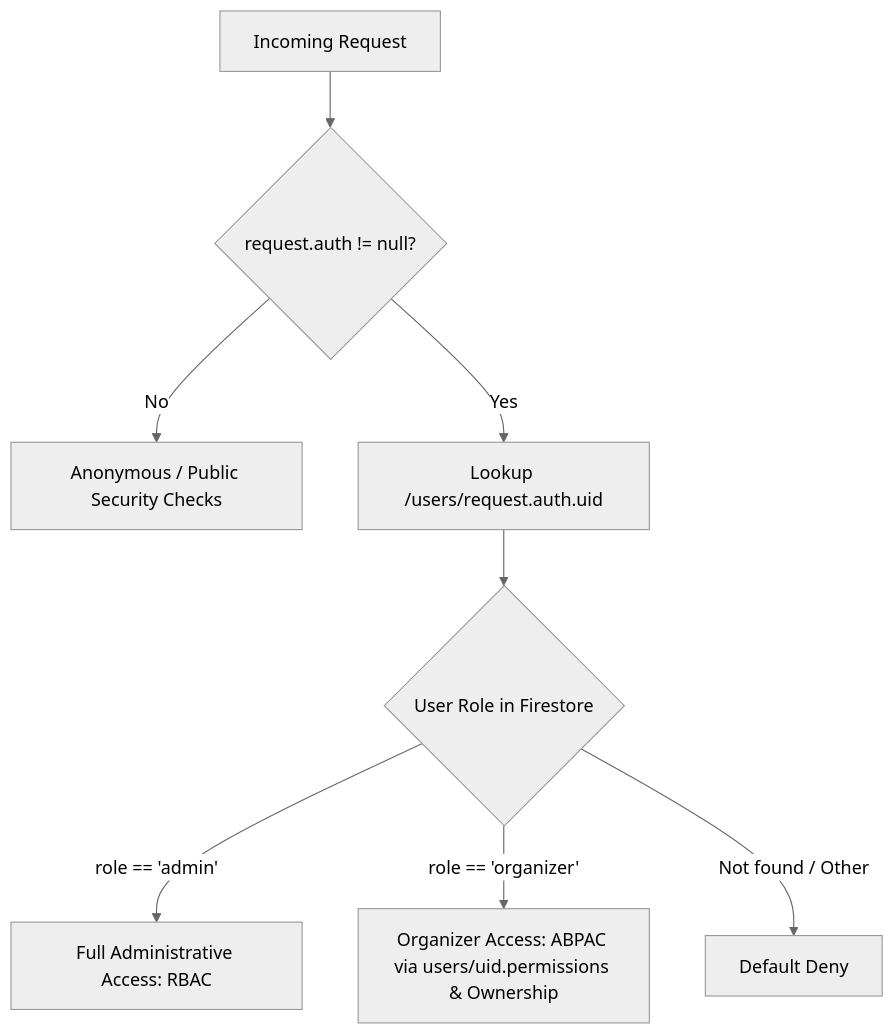
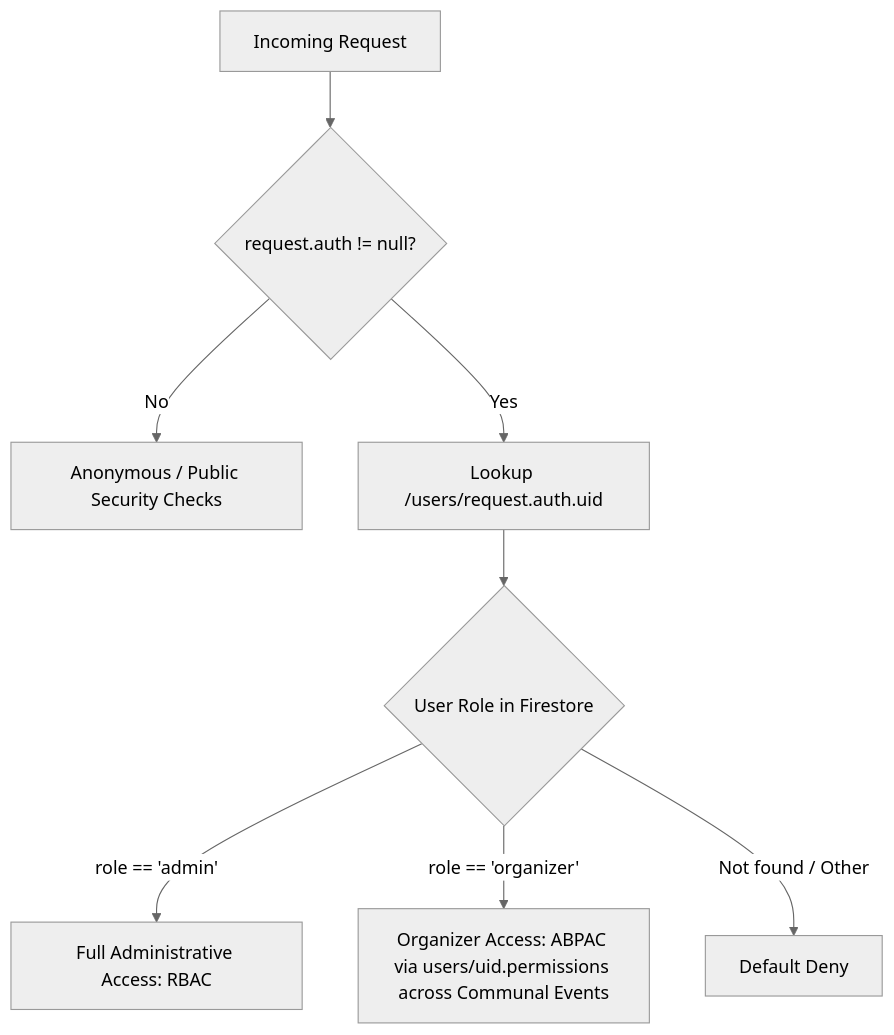
The diagram in docs/Rules.md (gdgdavao/teamapo-hub), drawn with Mermaid (neutral theme) before and after one commit. The commit also changed other lines of this file and 41 other files, not shown here.

````diff
--- a/docs/Rules.md
+++ b/docs/Rules.md
@@ -28,11 +28,11 @@
 ```mermaid
 flowchart TD
     Req[Incoming Request] --> AuthCheck{request.auth != null?}
     AuthCheck -- No --> AnonRules[Anonymous / Public Security Checks]
     AuthCheck -- Yes --> UserDoc[Lookup /users/request.auth.uid]
     
     UserDoc --> RoleCheck{User Role in Firestore}
     RoleCheck -- role == 'admin' --> AdminPerms[Full Administrative Access: RBAC]
-    RoleCheck -- role == 'organizer' --> OrgPerms[Organizer Access: ABPAC via users/uid.permissions & Ownership]
+    RoleCheck -- role == 'organizer' --> OrgPerms[Organizer Access: ABPAC via users/uid.permissions across Communal Events]
     RoleCheck -- Not found / Other --> Deny[Default Deny]
 ```
````
